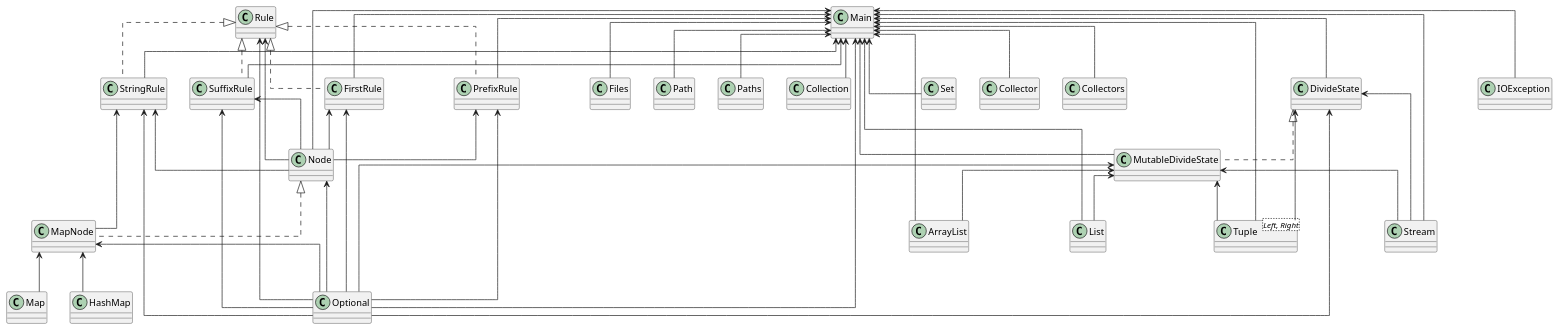
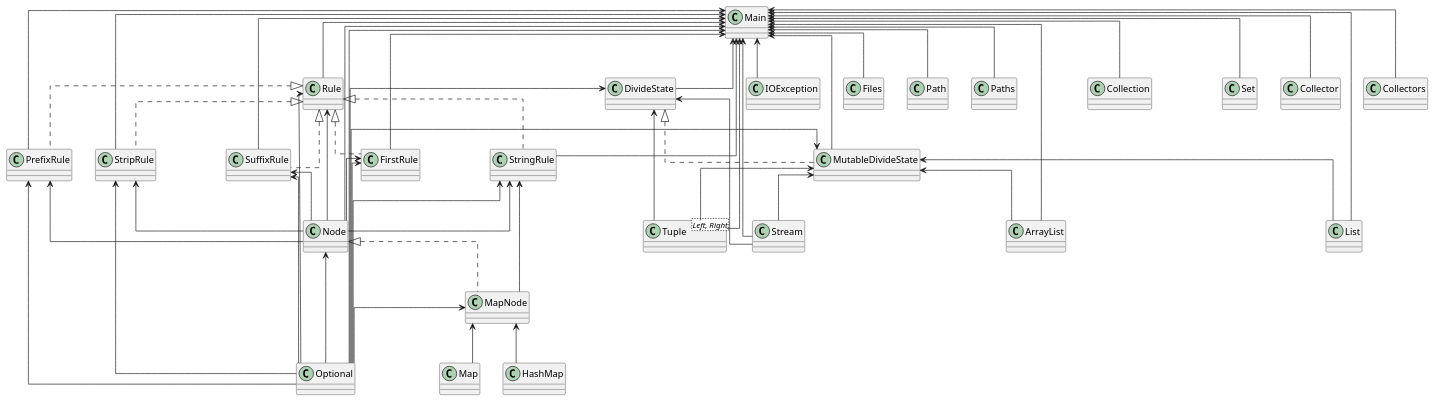
Before and after one commit to SirMathhman/Magma: the diagram in diagram.puml, drawn with PlantUML. The commit also changed 2 other files, not shown here.

```diff
--- a/diagram.puml
+++ b/diagram.puml
@@ -1,64 +1,70 @@
 @startuml
 skinparam linetype ortho
 class PrefixRule
 PrefixRule <-- Node
 PrefixRule <-- Optional
 class PrefixRule implements Rule
+class StripRule
+StripRule <-- Node
+StripRule <-- Optional
+class StripRule implements Rule
 class SuffixRule
 SuffixRule <-- Node
 SuffixRule <-- Optional
 class SuffixRule implements Rule
 class StringRule
 StringRule <-- MapNode
 StringRule <-- Node
 StringRule <-- Optional
 class StringRule implements Rule
 class Rule
 Rule <-- Node
 Rule <-- Optional
 class Main
 Main <-- Tuple
 Main <-- DivideState
 Main <-- MutableDivideState
 Main <-- Node
 Main <-- FirstRule
 Main <-- PrefixRule
+Main <-- Rule
 Main <-- StringRule
+Main <-- StripRule
 Main <-- SuffixRule
 Main <-- IOException
 Main <-- Files
 Main <-- Path
 Main <-- Paths
 Main <-- ArrayList
 Main <-- Collection
 Main <-- List
 Main <-- Optional
 Main <-- Set
 Main <-- Collector
 Main <-- Collectors
 Main <-- Stream
 class Node
 Node <-- Optional
 class MutableDivideState
 MutableDivideState <-- Tuple
 MutableDivideState <-- ArrayList
 MutableDivideState <-- List
 MutableDivideState <-- Optional
 MutableDivideState <-- Stream
 class MutableDivideState implements DivideState 
 class FirstRule
 FirstRule <-- Node
 FirstRule <-- Optional
 class FirstRule implements Rule
 class Tuple
 class Tuple<Left, Right> 
 class DivideState
 DivideState <-- Tuple
 DivideState <-- Optional
 DivideState <-- Stream
 class MapNode
 MapNode <-- HashMap
 MapNode <-- Map
 MapNode <-- Optional
 class MapNode implements Node 
 @enduml
```
